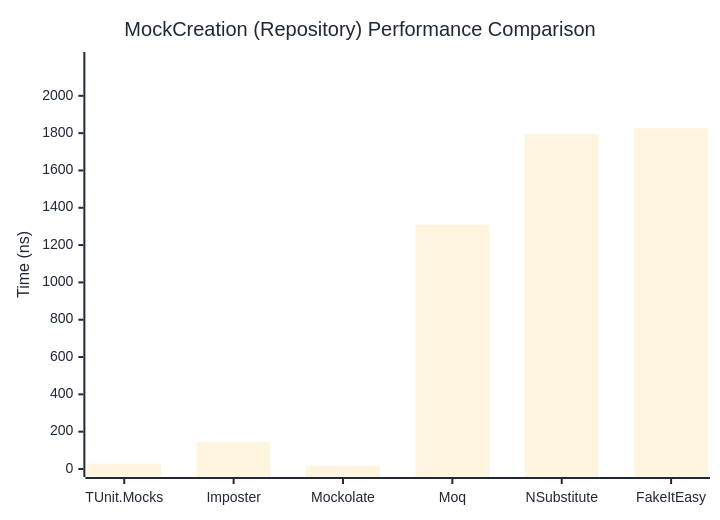
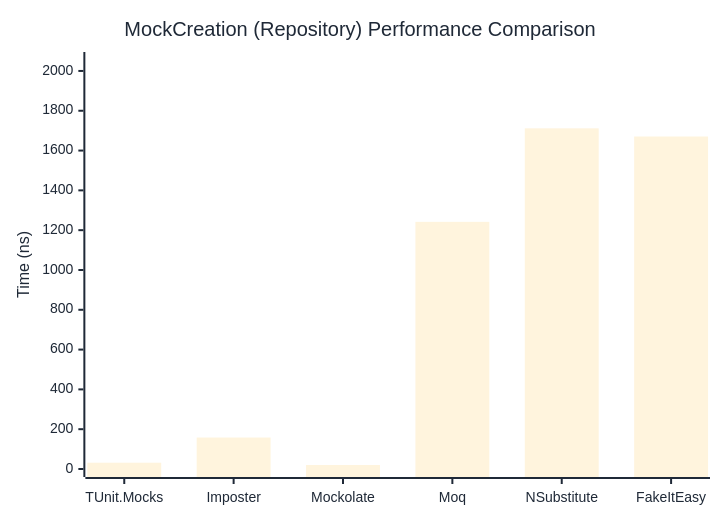
One commit to thomhurst/TUnit changed the second of 2 diagrams in docs/docs/benchmarks/mocks/MockCreation.md. Above: the diagram before and after it, drawn with Mermaid. The commit also changed other lines of this file and 14 other files, not shown here.

````diff
--- a/docs/docs/benchmarks/mocks/MockCreation.md
+++ b/docs/docs/benchmarks/mocks/MockCreation.md
@@ -71,27 +71,27 @@
 ```mermaid
 %%{init: {
   'theme':'base',
   'themeVariables': {
     'primaryColor': '#2563eb',
     'primaryTextColor': '#1f2937',
     'primaryBorderColor': '#1e40af',
     'lineColor': '#6b7280',
     'secondaryColor': '#7c3aed',
     'tertiaryColor': '#dc2626',
     'background': '#ffffff',
     'pie1': '#2563eb',
     'pie2': '#7c3aed',
     'pie3': '#dc2626',
     'pie4': '#f59e0b',
     'pie5': '#10b981',
     'pie6': '#06b6d4',
     'pie7': '#ec4899',
     'pie8': '#6366f1'
   }
 }}%%
 xychart-beta
   title "MockCreation (Repository) Performance Comparison"
   x-axis ["TUnit.Mocks", "Imposter", "Mockolate", "Moq", "NSubstitute", "FakeItEasy"]
-  y-axis "Time (ns)" 0 --> 2192
-  bar [28.16, 143.75, 17.39, 1309.12, 1793.31, 1825.92]
+  y-axis "Time (ns)" 0 --> 2055
+  bar [31.58, 158.06, 20.14, 1241.83, 1711.72, 1670.59]
 ```
````
